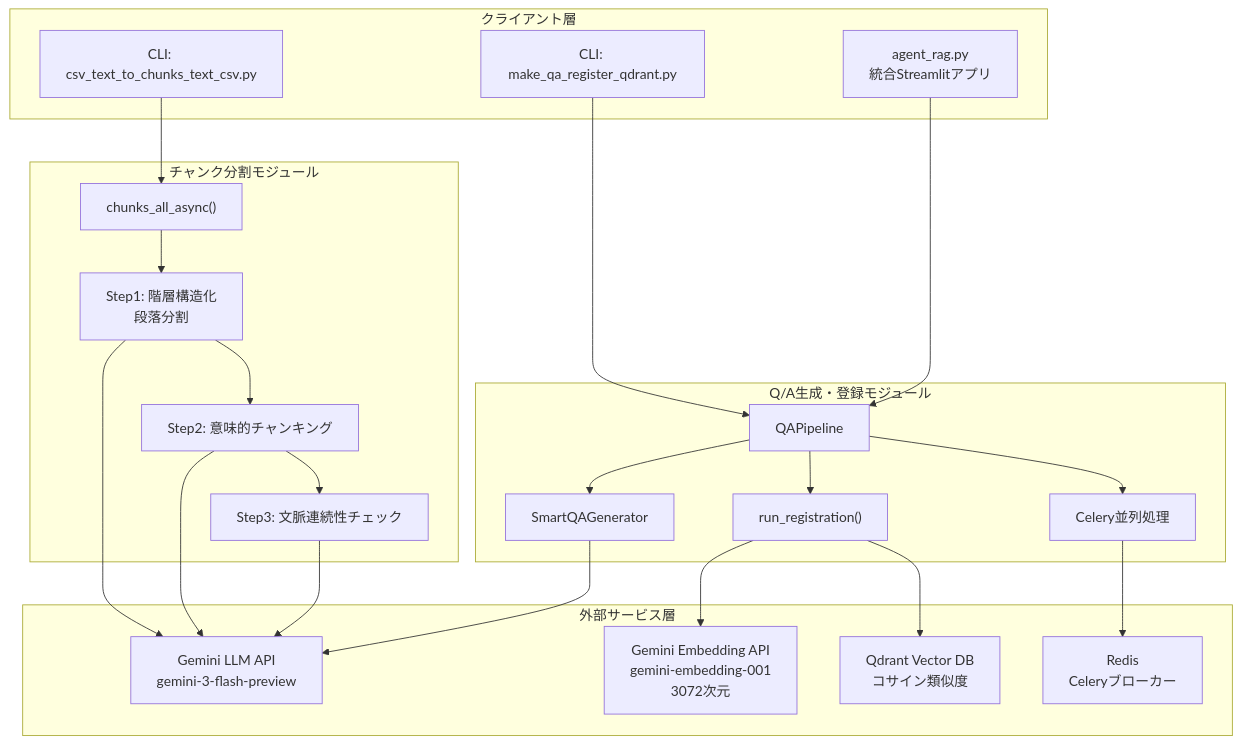
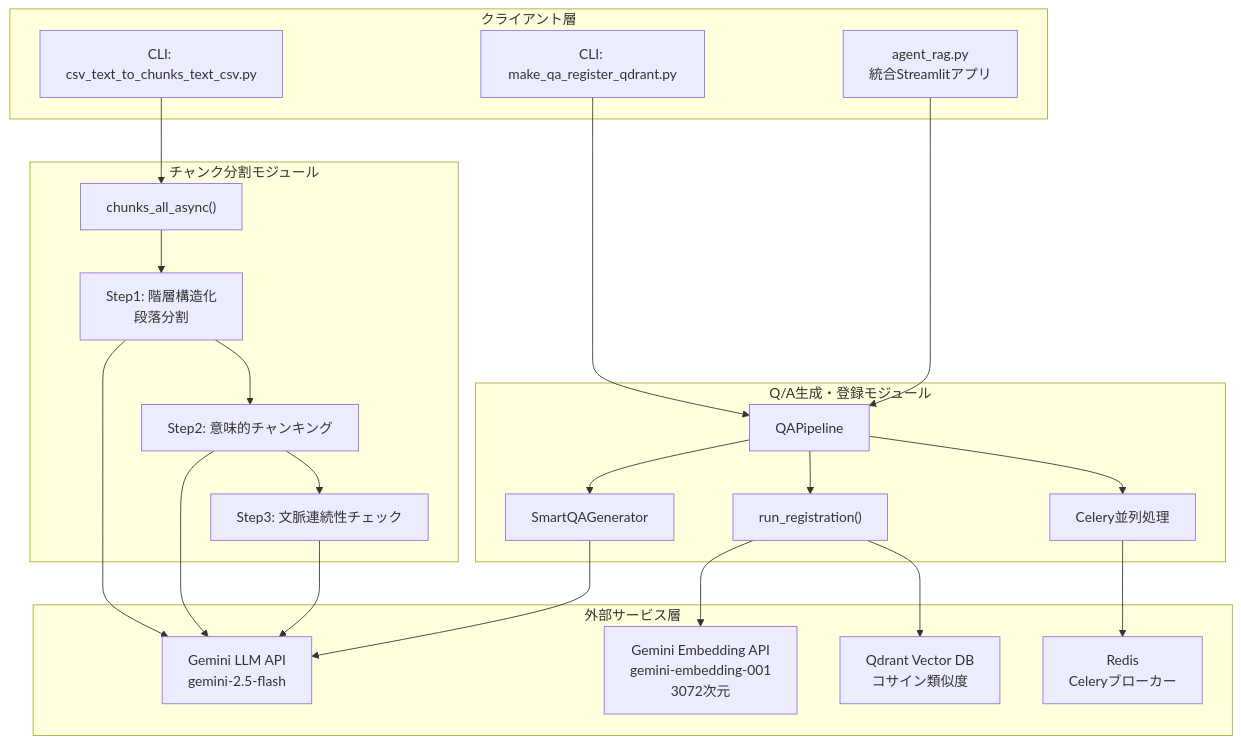
The first of 5 diagrams in readme_rag.md (nakashima2toshio/gemini_grace_agent), drawn with Mermaid before and after one commit. The commit also changed other lines of this file and 33 other files, not shown here.

First line of the commit message:
fix+docs(gemini): unify default model to gemini-2.5-flash + D-1 README ops reflection (#26)

````diff
--- a/readme_rag.md
+++ b/readme_rag.md
@@ -81,43 +81,43 @@
 ```mermaid
 flowchart TB
     subgraph CLIENT["クライアント層"]
         APP["agent_rag.py<br/>統合Streamlitアプリ"]
         CLI_CHUNK["CLI: csv_text_to_chunks_text_csv.py"]
         CLI_QA["CLI: make_qa_register_qdrant.py"]
     end
 
     subgraph CHUNKING["チャンク分割モジュール"]
         CHUNK_MAIN["chunks_all_async()"]
         STEP1["Step1: 階層構造化<br/>段落分割"]
         STEP2["Step2: 意味的チャンキング"]
         STEP3["Step3: 文脈連続性チェック"]
     end
 
     subgraph QA_PIPELINE["Q/A生成・登録モジュール"]
         PIPELINE["QAPipeline"]
         SMART_QA["SmartQAGenerator"]
         CELERY["Celery並列処理"]
         REG["run_registration()"]
     end
 
     subgraph EXTERNAL["外部サービス層"]
-        GEMINI_LLM["Gemini LLM API<br/>gemini-3-flash-preview"]
+        GEMINI_LLM["Gemini LLM API<br/>gemini-2.5-flash"]
         GEMINI_EMB["Gemini Embedding API<br/>gemini-embedding-001<br/>3072次元"]
         QDRANT["Qdrant Vector DB<br/>コサイン類似度"]
         REDIS["Redis<br/>Celeryブローカー"]
     end
 
     CLI_CHUNK --> CHUNK_MAIN
     CHUNK_MAIN --> STEP1 --> STEP2 --> STEP3
     STEP1 --> GEMINI_LLM
     STEP2 --> GEMINI_LLM
     STEP3 --> GEMINI_LLM
 
     CLI_QA --> PIPELINE
     APP --> PIPELINE
     PIPELINE --> SMART_QA --> GEMINI_LLM
     PIPELINE --> CELERY --> REDIS
     PIPELINE --> REG
     REG --> GEMINI_EMB
     REG --> QDRANT
 ```
````
